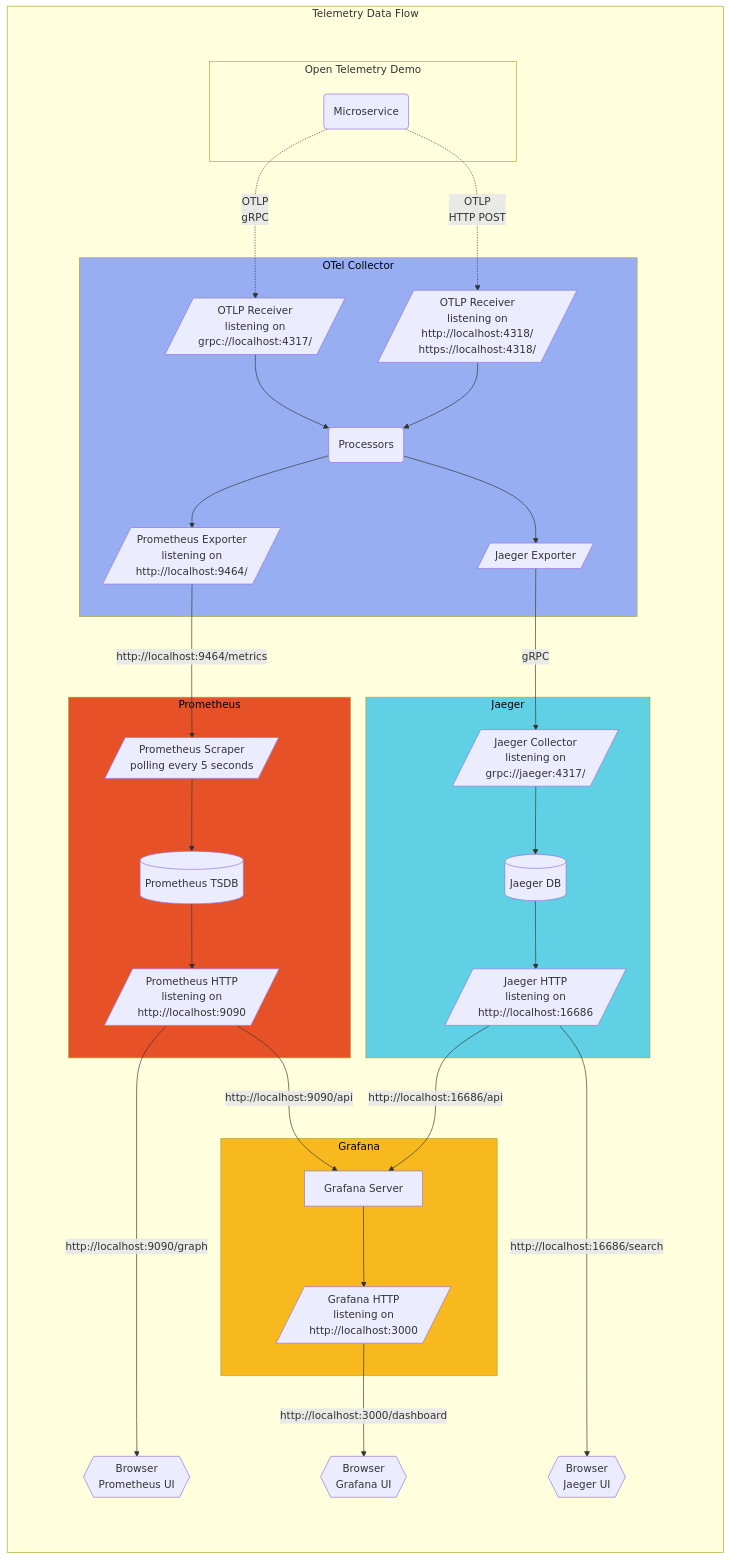
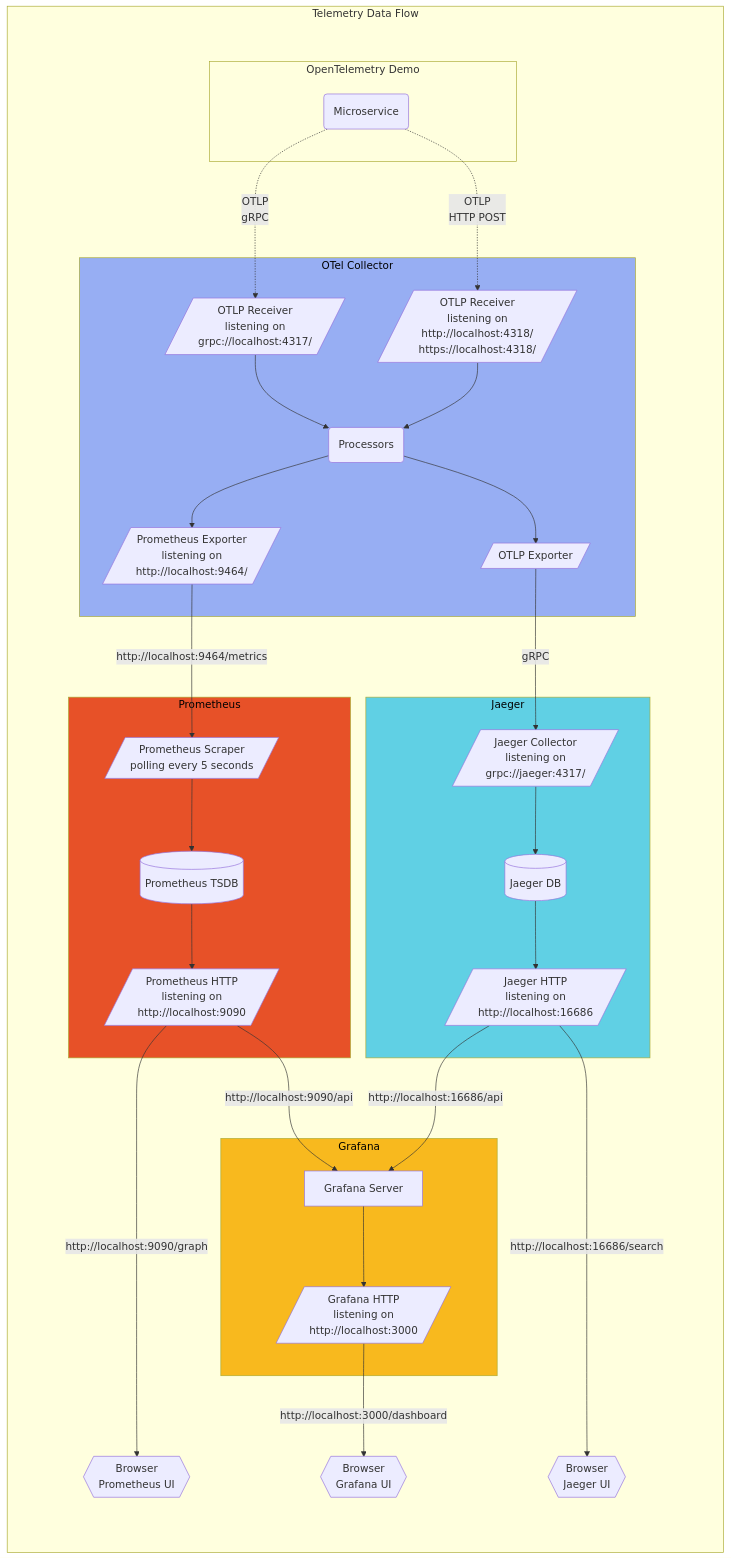
Before and after one commit to open-telemetry/opentelemetry.io: the third of 3 diagrams in content/en/docs/demo/architecture.md, drawn with Mermaid. The commit also changed other lines of this file, not shown here.

Commit message:
Update demo architecture (#3034)

````diff
--- a/content/en/docs/demo/architecture.md
+++ b/content/en/docs/demo/architecture.md
@@ -128,73 +128,73 @@
 ```mermaid
 graph TB
 subgraph tdf[Telemetry Data Flow]
     subgraph subgraph_padding [ ]
         style subgraph_padding fill:none,stroke:none;
         %% padding to stop the titles clashing
-        subgraph od[Open Telemetry Demo]
+        subgraph od[OpenTelemetry Demo]
         ms(Microservice)
         end
 
         ms -.->|"OTLP<br/>gRPC"| oc-grpc
         ms -.->|"OTLP<br/>HTTP POST"| oc-http
 
         subgraph oc[OTel Collector]
             style oc fill:#97aef3,color:black;
             oc-grpc[/"OTLP Receiver<br/>listening on<br/>grpc://localhost:4317/"/]
             oc-http[/"OTLP Receiver<br/>listening on <br/>http://localhost:4318/<br/>https://localhost:4318/"/]
             oc-proc(Processors)
             oc-prom[/"Prometheus Exporter<br/>listening on<br/>http://localhost:9464/"/]
-            oc-jag[/"Jaeger Exporter"/]
+            oc-otlp[/"OTLP Exporter"/]
 
             oc-grpc --> oc-proc
             oc-http --> oc-proc
 
             oc-proc --> oc-prom
-            oc-proc --> oc-jag
+            oc-proc --> oc-otlp
         end
 
         oc-prom -->|"http://localhost:9464/metrics"| pr-sc
-        oc-jag -->|gRPC| ja-col
+        oc-otlp -->|gRPC| ja-col
 
         subgraph pr[Prometheus]
             style pr fill:#e75128,color:black;
             pr-sc[/"Prometheus Scraper<br/>polling every 5 seconds"/]
             pr-tsdb[(Prometheus TSDB)]
             pr-http[/"Prometheus HTTP<br/>listening on<br/>http://localhost:9090"/]
 
             pr-sc --> pr-tsdb
             pr-tsdb --> pr-http
         end
 
         pr-b{{"Browser<br/>Prometheus UI"}}
         pr-http ---->|"http://localhost:9090/graph"| pr-b
 
         subgraph ja[Jaeger]
             style ja fill:#60d0e4,color:black;
             ja-col[/"Jaeger Collector<br/>listening on<br/>grpc://jaeger:4317/"/]
             ja-db[(Jaeger DB)]
             ja-http[/"Jaeger HTTP<br/>listening on<br/>http://localhost:16686"/]
 
             ja-col --> ja-db
             ja-db --> ja-http
         end
 
         subgraph gr[Grafana]
             style gr fill:#f8b91e,color:black;
             gr-srv["Grafana Server"]
             gr-http[/"Grafana HTTP<br/>listening on<br/>http://localhost:3000"/]
 
             gr-srv --> gr-http
         end
 
         pr-http --> |"http://localhost:9090/api"| gr-srv
         ja-http --> |"http://localhost:16686/api"| gr-srv
 
         ja-b{{"Browser<br/>Jaeger UI"}}
         ja-http ---->|"http://localhost:16686/search"| ja-b
 
         gr-b{{"Browser<br/>Grafana UI"}}
         gr-http -->|"http://localhost:3000/dashboard"| gr-b
     end
 end
 ```
````
